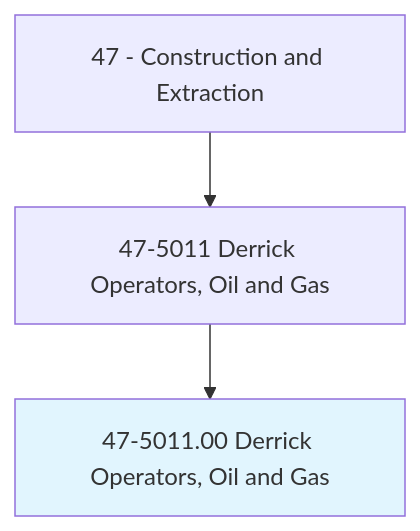
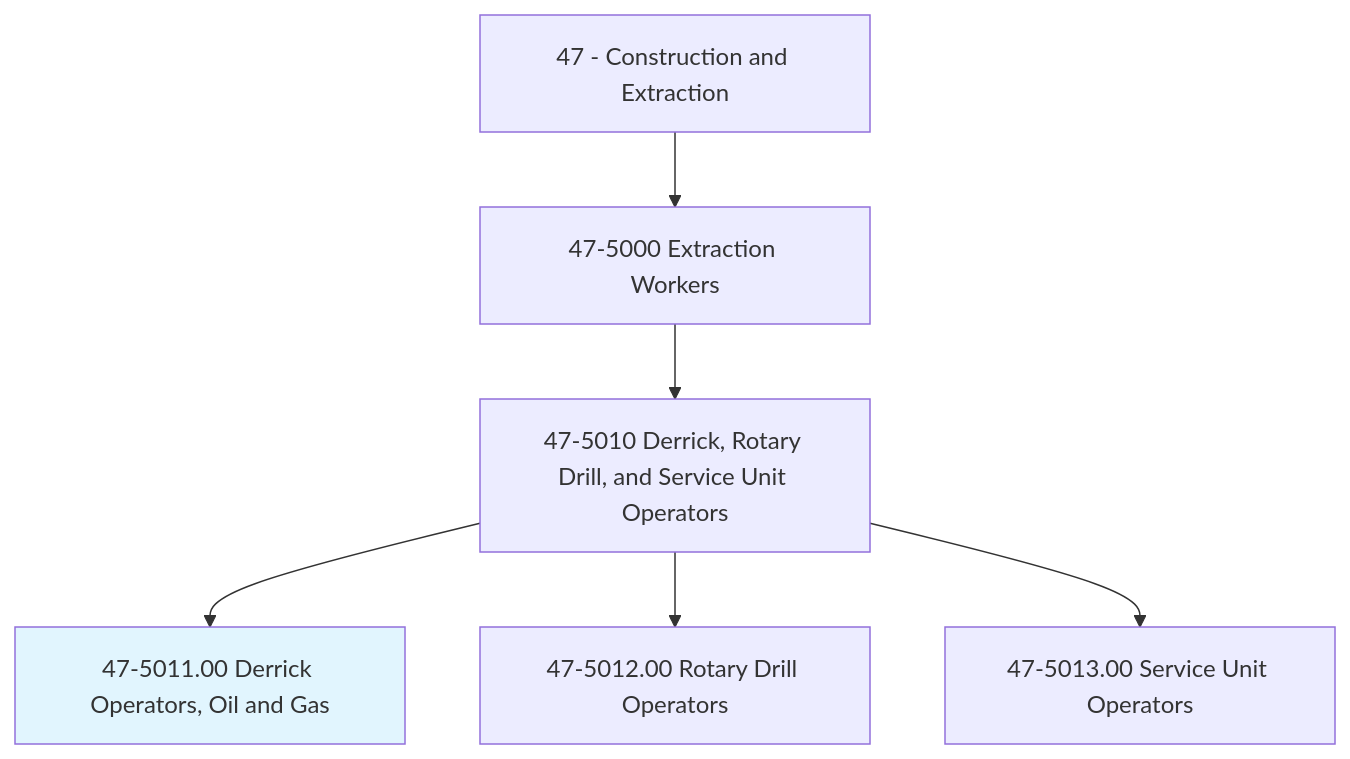
One commit to kziemski/business.org.ai changed the first of 4 diagrams in occupations/Construction/DerrickOperatorsOilAndGas.mdx. Above: the diagram before and after it, drawn with Mermaid. The commit also changed other lines of this file and 938 other files, not shown here.

````diff
--- a/occupations/Construction/DerrickOperatorsOilAndGas.mdx
+++ b/occupations/Construction/DerrickOperatorsOilAndGas.mdx
@@ -19,6 +23,9 @@
 ```mermaid
 graph TD
-    Cat47["47 - Construction and Extraction"] --> Group475011["47-5011 Derrick Operators, Oil and Gas"]
-    Group475011 --> Current["47-5011.00 Derrick Operators, Oil and Gas"]
+    Cat47["47 - Construction and Extraction"] --> Group475["47-5000 Extraction Workers"]
+    Group475 --> Group4750["47-5010 Derrick, Rotary Drill, and Service Unit Operators"]
+    Group4750 --> Current["47-5011.00 Derrick Operators, Oil and Gas"]
+    Group4750 --> Rotary["47-5012.00 Rotary Drill Operators"]
+    Group4750 --> Service["47-5013.00 Service Unit Operators"]
     style Current fill:#e1f5fe
 ```
````
